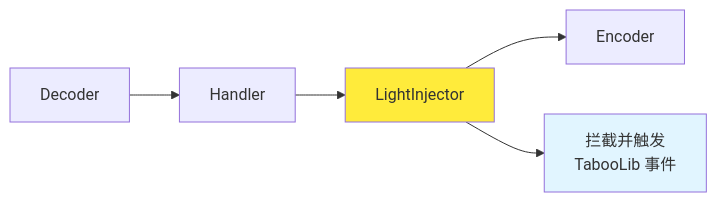
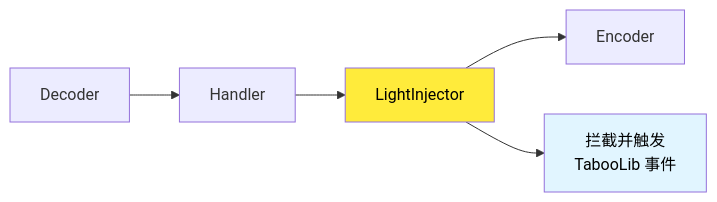
Before and after one commit to FxRayHughes/taboowiki: the third of 3 diagrams in docs/basic-tech/packet/index.md, drawn with Mermaid. The commit also changed other lines of this file and 19 other files, not shown here.

First line of the commit message:
feat(docs): 添加 Mermaid 图表支持并优化暗色模式显示

````diff
--- a/docs/basic-tech/packet/index.md
+++ b/docs/basic-tech/packet/index.md
@@ -70,10 +70,10 @@
 ```mermaid
 graph LR
     A[Decoder] --> B[Handler]
     B --> C[LightInjector]
     C --> D[Encoder]
     C --> E[拦截并触发<br/>TabooLib 事件]
 
-    style C fill:#ffeb3b
-    style E fill:#e1f5ff
+    style C fill:#ffeb3b,color:#000000
+    style E fill:#e1f5ff,color:#000000
 ```
````
